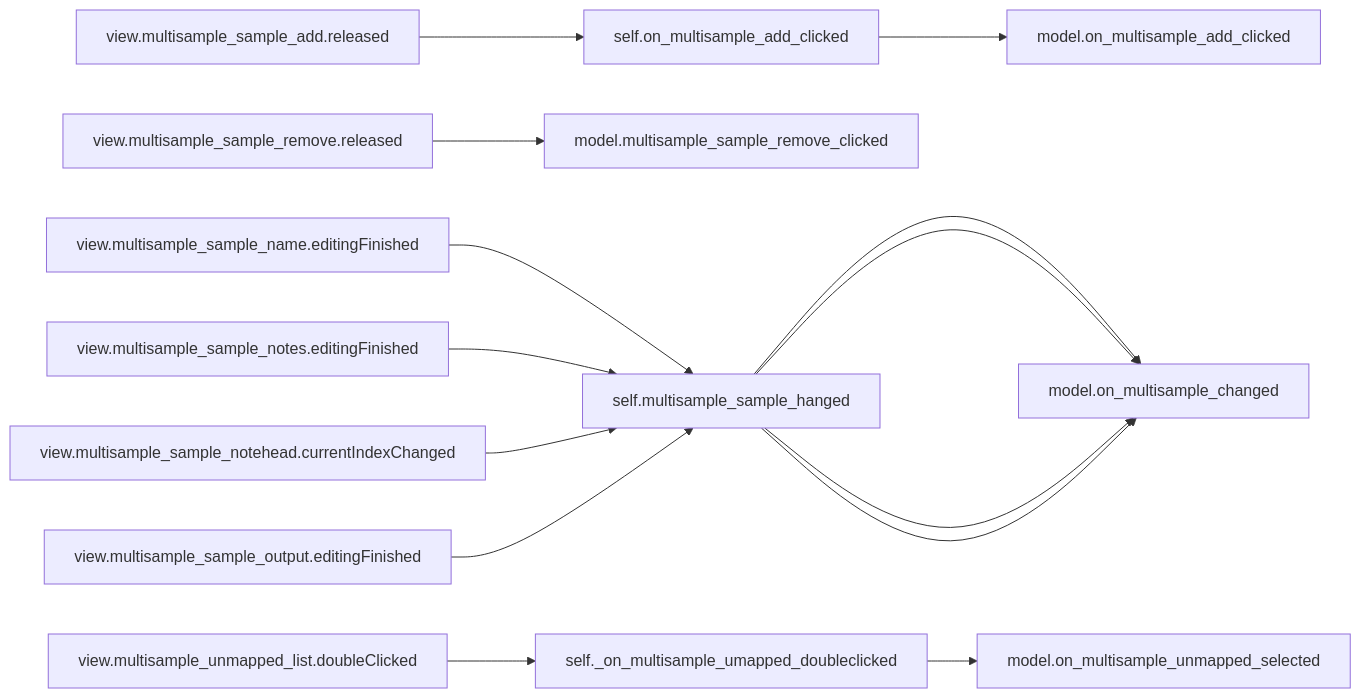
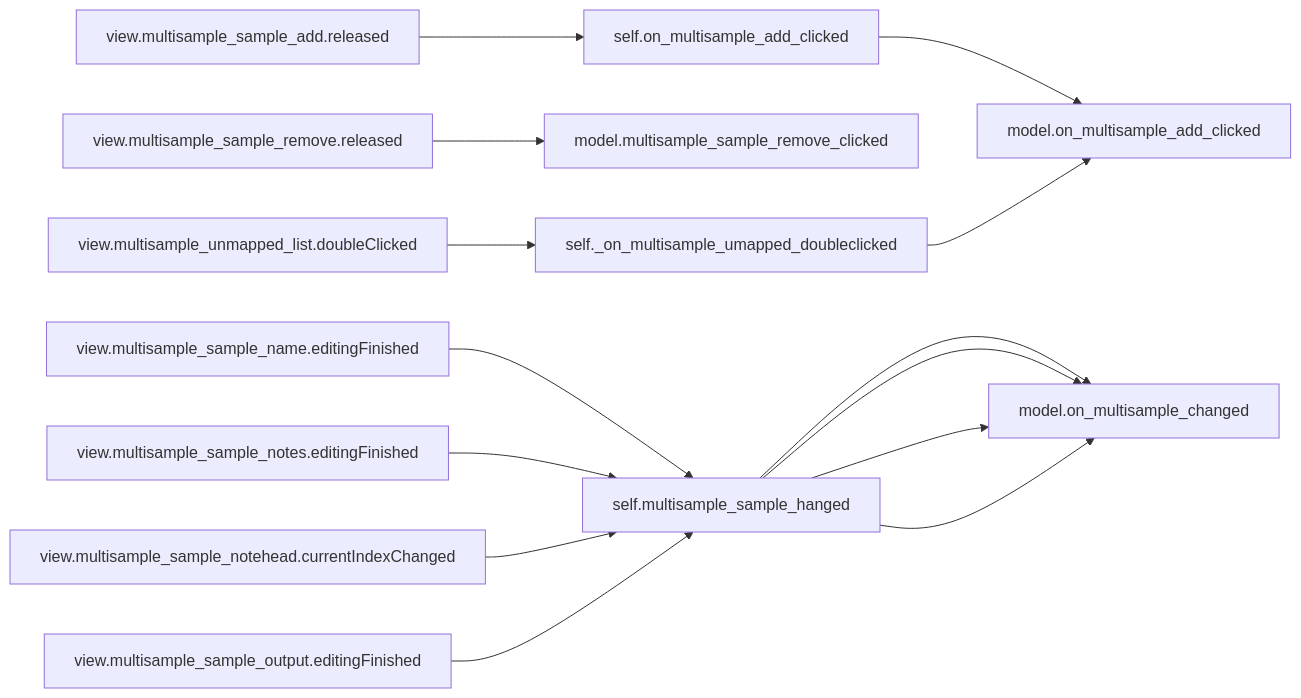
One commit to com-posers-pit/smw_music changed the eighth of 10 diagrams in doc/source/dashboard_signal_slot_map.rst. Above: the diagram before and after it, drawn with Mermaid. The commit also changed 2 other files, not shown here.

Commit message:
Add new instruments on unmapped note double click

```diff
--- a/doc/source/dashboard_signal_slot_map.rst
+++ b/doc/source/dashboard_signal_slot_map.rst
@@ -191,10 +191,10 @@
 .. mermaid::
 
    flowchart LR
       view.multisample_sample_add.released --> self.on_multisample_add_clicked --> model.on_multisample_add_clicked
       view.multisample_sample_remove.released --> model.multisample_sample_remove_clicked
       view.multisample_sample_name.editingFinished --> self.multisample_sample_hanged --> model.on_multisample_changed
       view.multisample_sample_notes.editingFinished --> self.multisample_sample_hanged --> model.on_multisample_changed
       view.multisample_sample_notehead.currentIndexChanged --> self.multisample_sample_hanged --> model.on_multisample_changed
       view.multisample_sample_output.editingFinished --> self.multisample_sample_hanged --> model.on_multisample_changed
-      view.multisample_unmapped_list.doubleClicked --> self._on_multisample_umapped_doubleclicked --> model.on_multisample_unmapped_selected
+      view.multisample_unmapped_list.doubleClicked --> self._on_multisample_umapped_doubleclicked --> model.on_multisample_add_clicked
```
